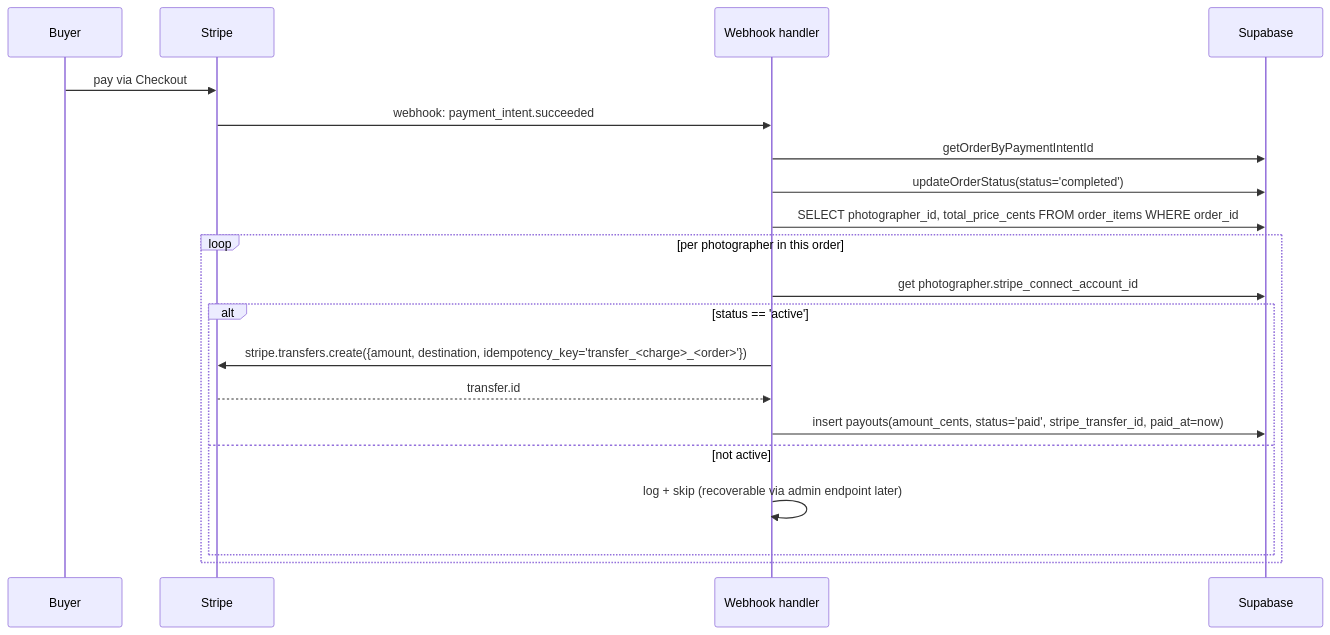
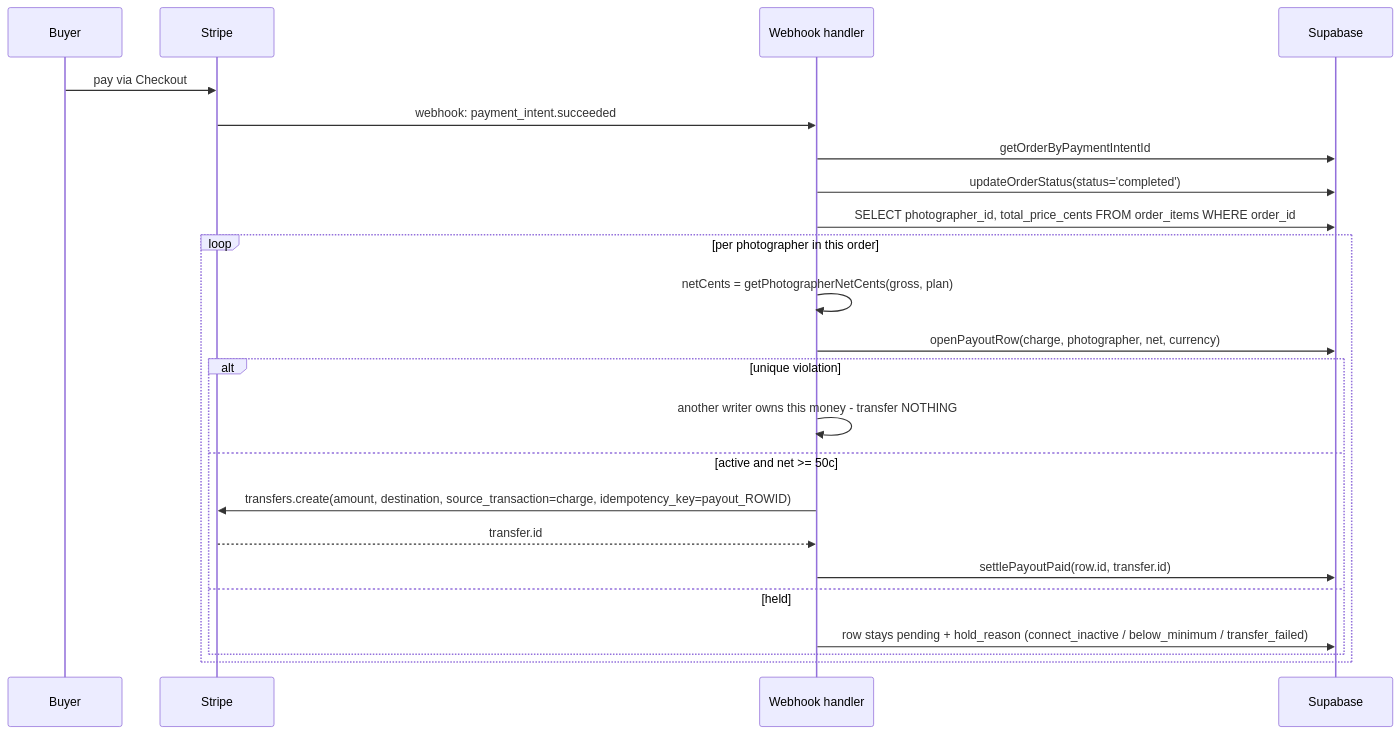
Before and after one commit to mauvies/photo-markt: the sixth of 11 diagrams in ARCHITECTURE.md, drawn with Mermaid. The commit also changed other lines of this file and 25 other files, not shown here.

````diff
--- a/ARCHITECTURE.md
+++ b/ARCHITECTURE.md
@@ -452,24 +462,27 @@
 ```mermaid
 sequenceDiagram
   participant Buyer
   participant S as Stripe
   participant App as Webhook handler
   participant SB as Supabase
 
   Buyer->>S: pay via Checkout
   S->>App: webhook: payment_intent.succeeded
   App->>SB: getOrderByPaymentIntentId
   App->>SB: updateOrderStatus(status='completed')
 
   App->>SB: SELECT photographer_id, total_price_cents FROM order_items WHERE order_id
   loop per photographer in this order
-    App->>SB: get photographer.stripe_connect_account_id
-    alt status == 'active'
-      App->>S: stripe.transfers.create({amount, destination, idempotency_key='transfer_<charge>_<order>'})
+    App->>App: netCents = getPhotographerNetCents(gross, plan)
+    App->>SB: openPayoutRow(charge, photographer, net, currency)
+    alt unique violation
+      App->>App: another writer owns this money - transfer NOTHING
+    else active and net >= 50c
+      App->>S: transfers.create(amount, destination, source_transaction=charge, idempotency_key=payout_ROWID)
       S-->>App: transfer.id
-      App->>SB: insert payouts(amount_cents, status='paid', stripe_transfer_id, paid_at=now)
-    else not active
-      App->>App: log + skip (recoverable via admin endpoint later)
+      App->>SB: settlePayoutPaid(row.id, transfer.id)
+    else held
+      App->>SB: row stays pending + hold_reason (connect_inactive / below_minimum / transfer_failed)
     end
   end
 ```
````
